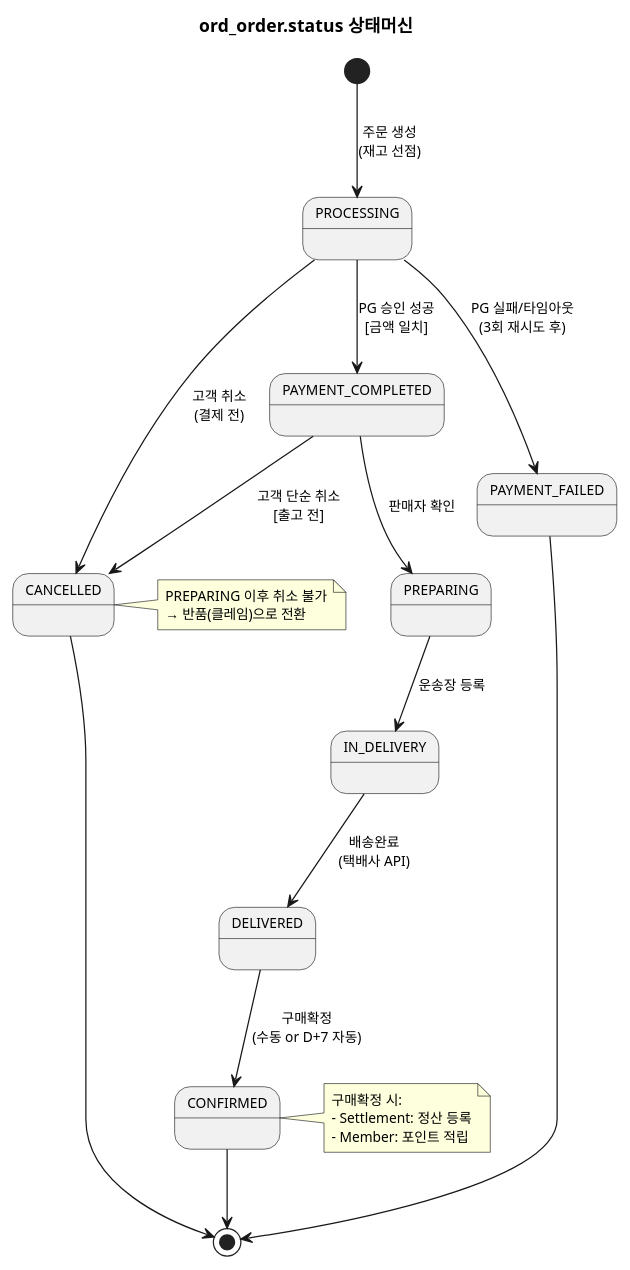
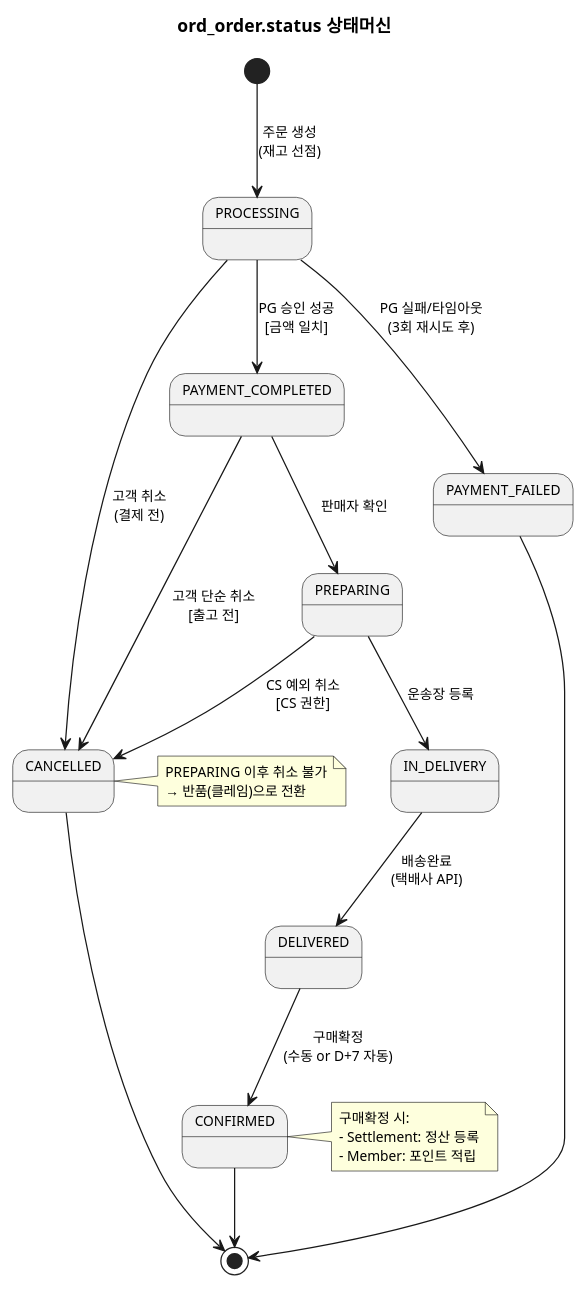
Before and after one commit to parknahyun/runNShop: the first of 2 diagrams in docs/자산화-단계별/S2-구조설계/10-상태머신(Order).md, drawn with PlantUML. The commit also changed other lines of this file and 31 other files, not shown here.

Commit message:
docs: 주문결제 도메인 S2-S3 산출물 작성 및 현행화 - S3 상세설계 산출물 전체 작성 (13-GWT ~ 17-화면레이아웃) - S2 구조설계 현행화 (상태머신12상태, ERD확장, EARS추가, 이벤트플로우15개, BP재작성) - 모바일 마이페이지/주문조회/클레임 목록·상세 화면 구현 - API mock JSON 및 Kotlin Controller 추가 - 정합성 검토 20건 해소, 시퀀스 15개로 확장

````diff
--- a/docs/자산화-단계별/S2-구조설계/10-상태머신(Order).md
+++ b/docs/자산화-단계별/S2-구조설계/10-상태머신(Order).md
@@ -37,38 +37,39 @@
 ```plantuml
 @startuml
 skinparam backgroundColor transparent
 skinparam defaultFontSize 11
 title ord_order.status 상태머신
 
 [*] --> PROCESSING : 주문 생성\n(재고 선점)
 
 PROCESSING --> PAYMENT_COMPLETED : PG 승인 성공\n[금액 일치]
 PROCESSING --> PAYMENT_FAILED : PG 실패/타임아웃\n(3회 재시도 후)
 PROCESSING --> CANCELLED : 고객 취소\n(결제 전)
 
 PAYMENT_COMPLETED --> PREPARING : 판매자 확인
 PAYMENT_COMPLETED --> CANCELLED : 고객 단순 취소\n[출고 전]
 
 PREPARING --> IN_DELIVERY : 운송장 등록
+PREPARING --> CANCELLED : CS 예외 취소\n[CS 권한]
 
 IN_DELIVERY --> DELIVERED : 배송완료\n(택배사 API)
 
 DELIVERED --> CONFIRMED : 구매확정\n(수동 or D+7 자동)
 
 CONFIRMED --> [*]
 CANCELLED --> [*]
 PAYMENT_FAILED --> [*]
 
 note right of CANCELLED
   PREPARING 이후 취소 불가
   → 반품(클레임)으로 전환
 end note
 
 note right of CONFIRMED
   구매확정 시:
   - Settlement: 정산 등록
   - Member: 포인트 적립
 end note
 
 @enduml
 ```
````
